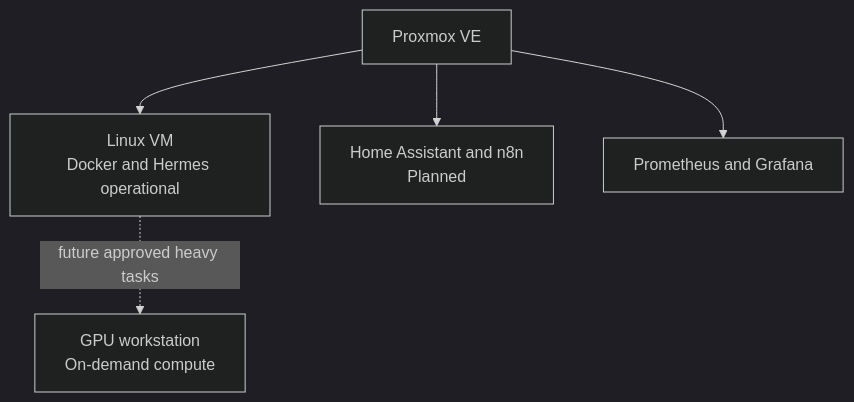
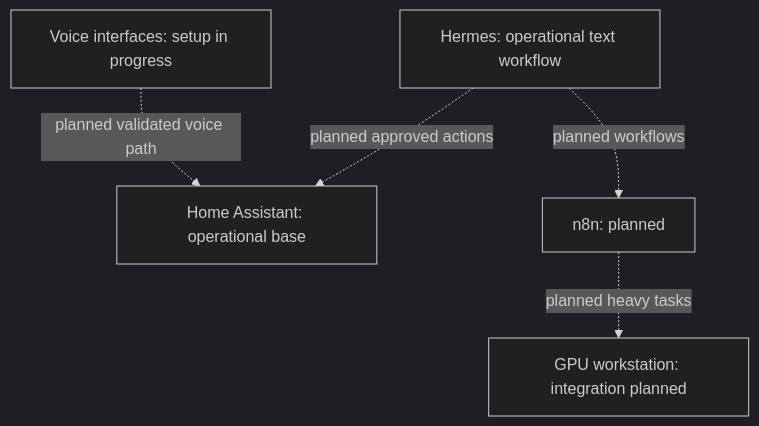
The second of 2 diagrams in docs/architecture.md (DeadPol8789/homelab), drawn with Mermaid (dark theme) before and after one commit. The commit also changed other lines of this file and 13 other files, not shown here.

First line of the commit message:
Document Home Assistant and initial monitoring (#10)

````diff
--- a/docs/architecture.md
+++ b/docs/architecture.md
@@ -64,7 +70,7 @@
 ```mermaid
 flowchart TD
-    PVE["Proxmox VE"] --> HERMES["Linux VM<br/>Docker and Hermes operational"]
-    PVE --> AUTO["Home Assistant and n8n<br/>Planned"]
-    PVE --> OBS["Prometheus and Grafana"]
-    HERMES -. "future approved heavy tasks" .-> GPU["GPU workstation<br/>On-demand compute"]
+    HERMES["Hermes: operational text workflow"] -. "planned approved actions" .-> HA["Home Assistant: operational base"]
+    VOICE["Voice interfaces: setup in progress"] -. "planned validated voice path" .-> HA
+    HERMES -. "planned workflows" .-> N8N["n8n: planned"]
+    N8N -. "planned heavy tasks" .-> GPU["GPU workstation: integration planned"]
 ```
````
